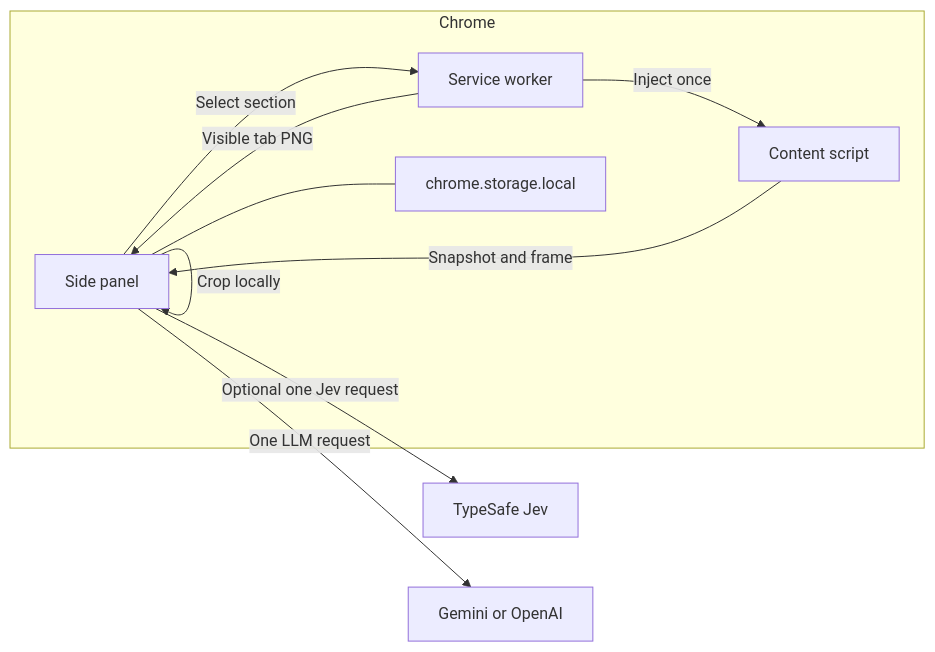
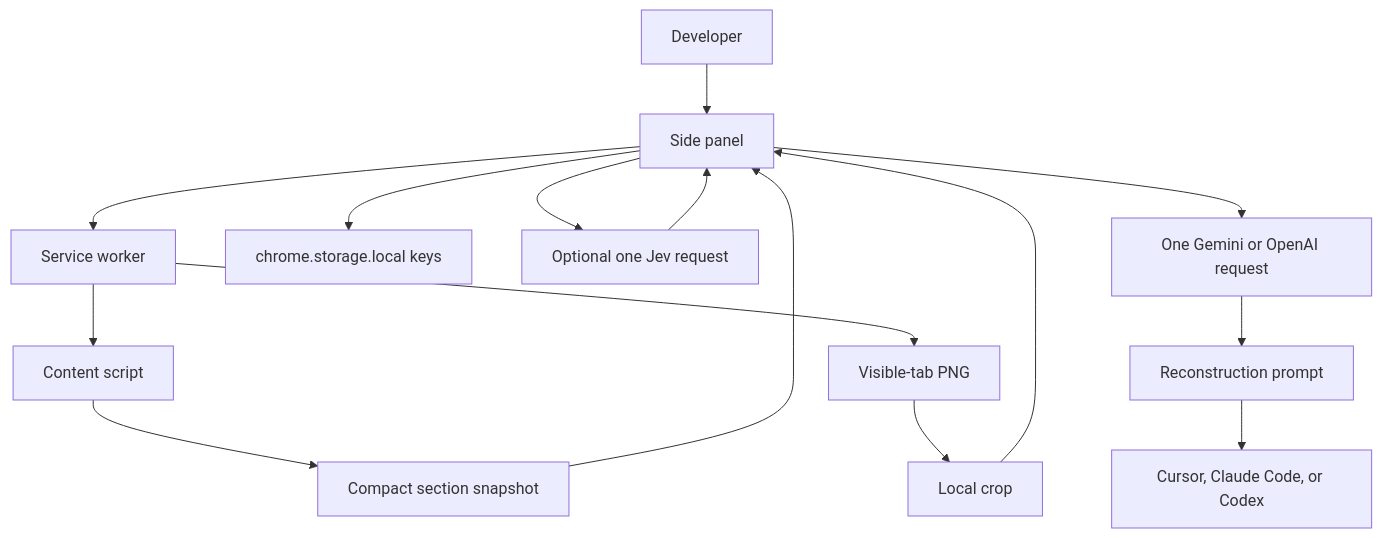
One commit to RadhikaSoni7/Pixel2Prompt changed the diagram in diagrams/architecture.mmd. Above: the diagram before and after it, drawn with Mermaid. The commit also changed 8 other files, not shown here.

```diff
--- a/diagrams/architecture.mmd
+++ b/diagrams/architecture.mmd
@@ -1,16 +1,15 @@
-flowchart LR
-  subgraph browser [Chrome]
-    panel[Side panel]
-    worker[Service worker]
-    page[Content script]
-    store[chrome.storage.local]
-  end
-
-  panel -->|Select section| worker
-  worker -->|Inject once| page
-  page -->|Snapshot and frame| panel
-  worker -->|Visible tab PNG| panel
-  panel -->|Crop locally| panel
-  panel --- store
-  panel -->|Optional one Jev request| jev[TypeSafe Jev]
-  panel -->|One LLM request| llm[Gemini or OpenAI]
+flowchart TB
+  user[Developer] --> panel[Side panel]
+  panel --> worker[Service worker]
+  worker --> page[Content script]
+  page --> snapshot[Compact section snapshot]
+  snapshot --> panel
+  worker --> png[Visible-tab PNG]
+  png --> crop[Local crop]
+  crop --> panel
+  panel --> store[chrome.storage.local keys]
+  panel --> jev[Optional one Jev request]
+  jev --> panel
+  panel --> llm[One Gemini or OpenAI request]
+  llm --> prompt[Reconstruction prompt]
+  prompt --> agent[Cursor, Claude Code, or Codex]
```
